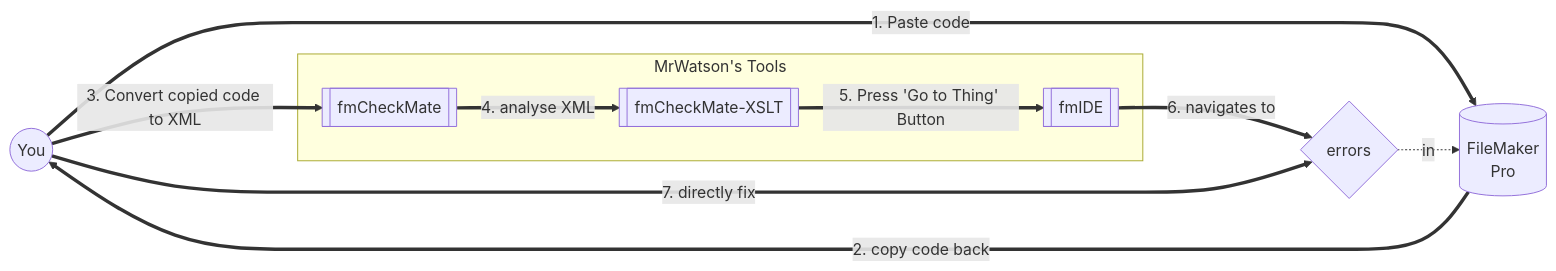
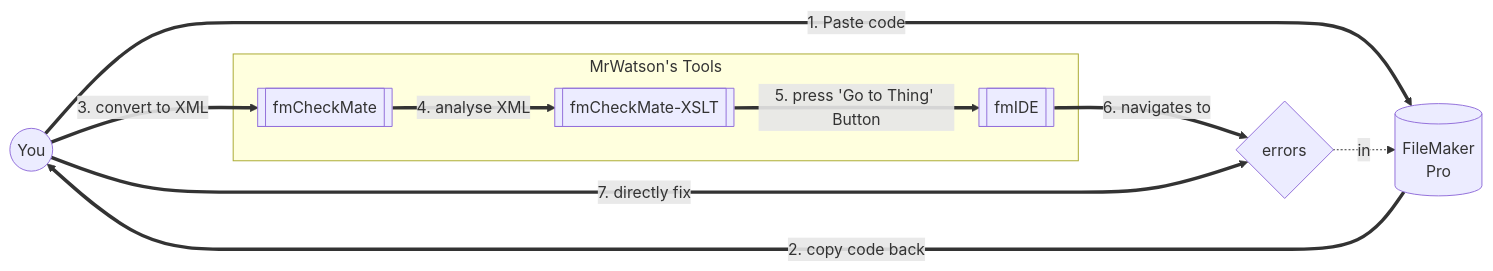
One commit to mrwatson-de/fmworkmate.github.io changed the fifth of 5 diagrams in did-that-just-break.md. Above: the diagram before and after it, drawn with Mermaid. The commit also changed other lines of this file, not shown here.

Commit message:
Text and diagrammes tweaked

````diff
--- a/did-that-just-break.md
+++ b/did-that-just-break.md
@@ -271,28 +276,28 @@
     ```mermaid
     ---
     config:
     layout: elk
     ---
     flowchart LR
         You((You))
         FMP[("FileMaker
         Pro")]
         errors{"errors"}
 
         You == "1. Paste code"      ==> FMP
         FMP == "2. copy code back"  ==> You
 
         subgraph mrwatsons-tools["MrWatson's Tools"]
             fmCM[["fmCheckMate"]]
             fmCMX[["fmCheckMate-XSLT"]]
             fmIDE[["fmIDE"]]
         end
 
-        You    == "3. Convert copied code to XML"  ==> fmCM
+        You    == "3. convert to XML"              ==> fmCM
         fmCM   == "4. analyse XML"                 ==> fmCMX
-        fmCMX  == "5. Press 'Go to Thing' Button"  ==> fmIDE
+        fmCMX  == "5. press 'Go to Thing' Button"  ==> fmIDE
         fmIDE  == "6. navigates to"                ==> errors
         errors -. "in"                             .-> FMP
         You    == "7. directly fix"                ==> errors
 
     ```
````
